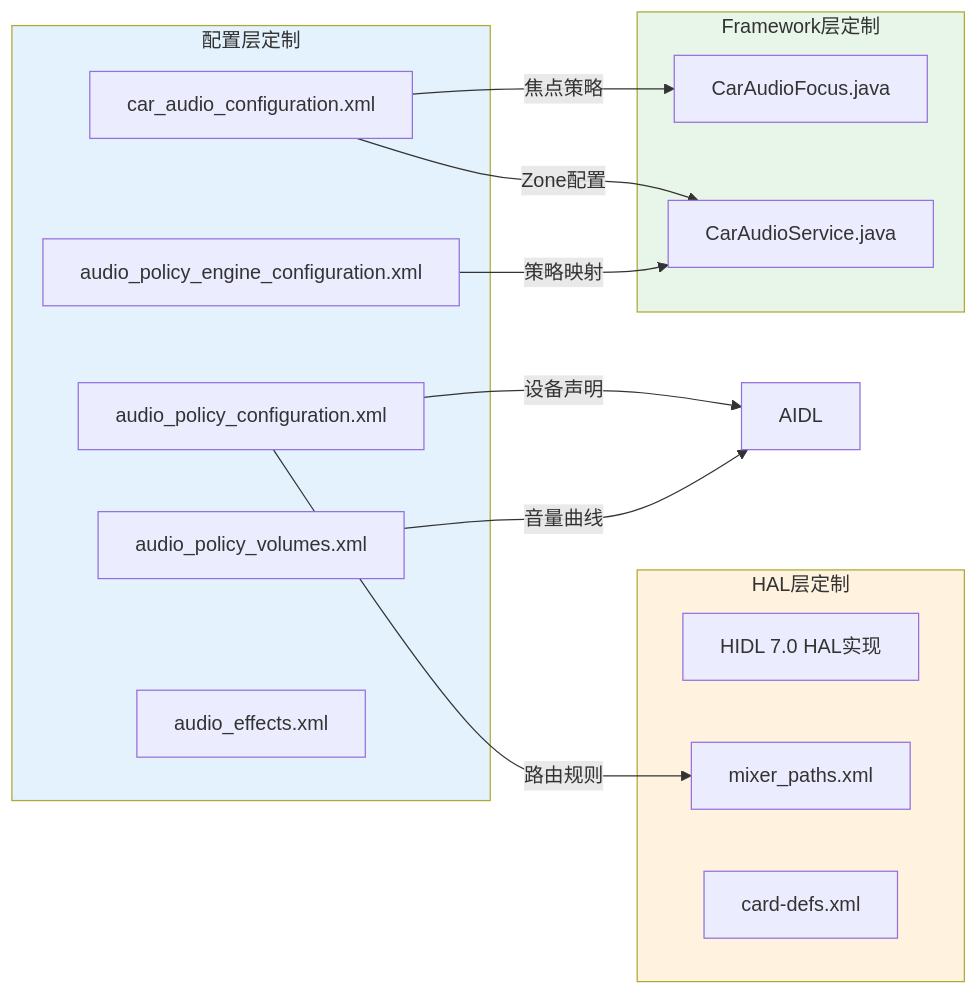
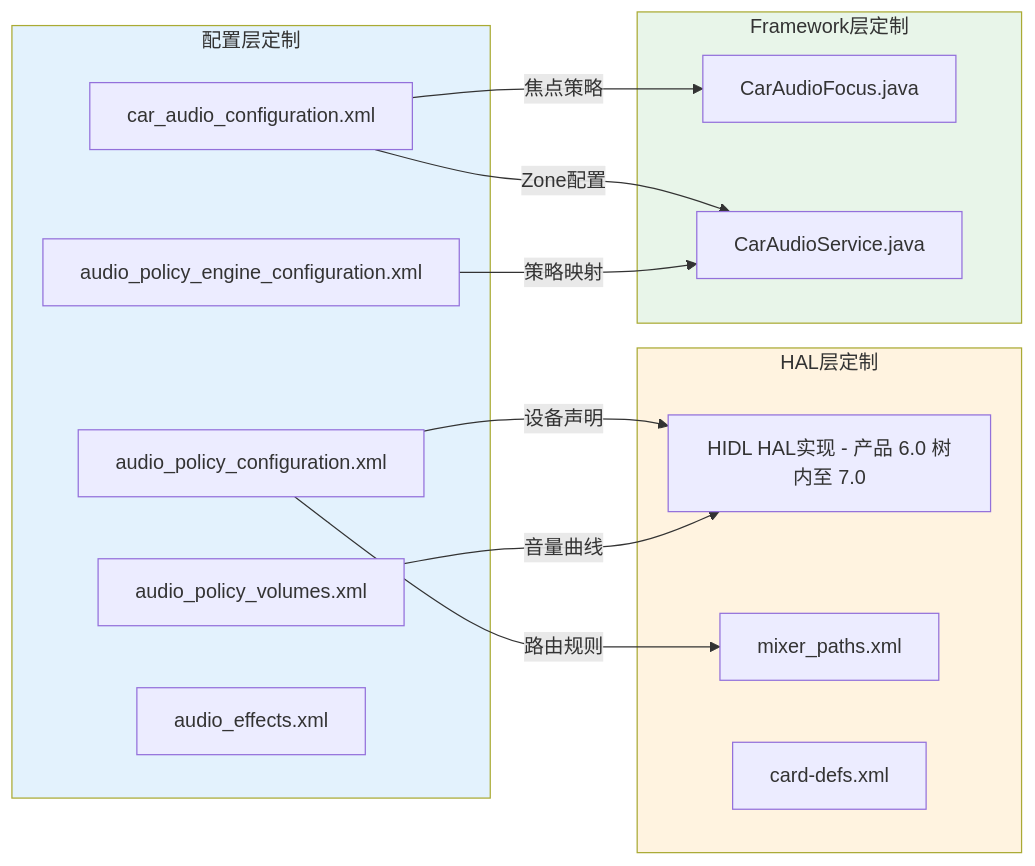
The first of 2 diagrams in 11_Vendor_Layer/11_11.10_OEM定制点完整矩阵.md (yanglinzhen1022/SA8295_AAOS_QNX_Audio_KnowledgeBase), drawn with Mermaid before and after one commit. The commit also changed other lines of this file and 6 other files, not shown here.

````diff
--- a/11_Vendor_Layer/11_11.10_OEM定制点完整矩阵.md
+++ b/11_Vendor_Layer/11_11.10_OEM定制点完整矩阵.md
@@ -11,30 +11,30 @@
 ```mermaid
 graph LR
     subgraph 配置层定制
         APC[audio_policy_configuration.xml]
         APV[audio_policy_volumes.xml]
         APE[audio_policy_engine_configuration.xml]
         CAC[car_audio_configuration.xml]
         AEX[audio_effects.xml]
     end
     subgraph HAL层定制
-        HID[HIDL 7.0 HAL实现]
+        HID[HIDL HAL实现 - 产品 6.0 树内至 7.0]
         MIX[mixer_paths.xml]
         CDB[card-defs.xml]
     end
     subgraph Framework层定制
         CAF[CarAudioFocus.java]
         CAS[CarAudioService.java]
     end
 
-    APC -->|设备声明| AIDL
+    APC -->|设备声明| HID
     APC -->|路由规则| MIX
     CAC -->|Zone配置| CAS
     CAC -->|焦点策略| CAF
     APE -->|策略映射| CAS
-    APV -->|音量曲线| AIDL
+    APV -->|音量曲线| HID
 
     style 配置层定制 fill:#e3f2fd
     style HAL层定制 fill:#fff3e0
     style Framework层定制 fill:#e8f5e9
 ```
````
